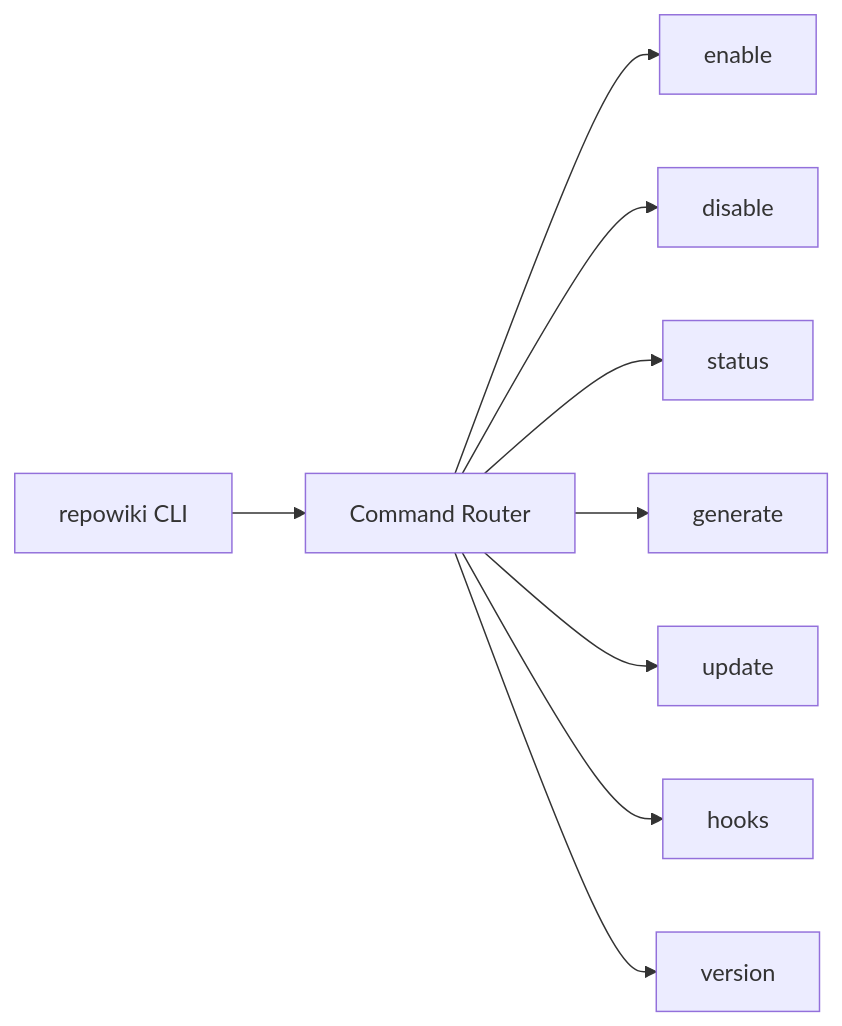
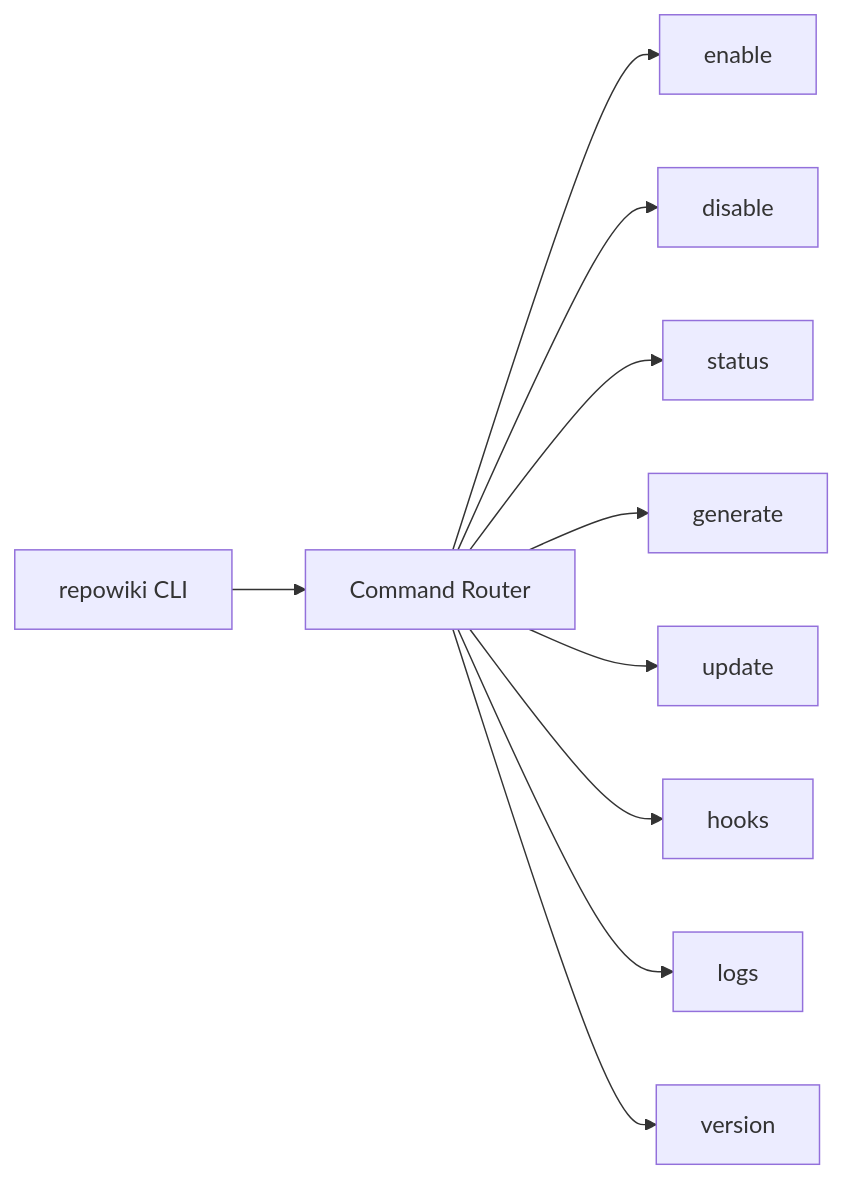
One commit to GoooIce/repowiki changed the first of 2 diagrams in .qoder/repowiki/en/content/Backend Architecture/CLI Commands.md. Above: the diagram before and after it, drawn with Mermaid. The commit also changed other lines of this file and 5 other files, not shown here.

````diff
--- a/.qoder/repowiki/en/content/Backend Architecture/CLI Commands.md
+++ b/.qoder/repowiki/en/content/Backend Architecture/CLI Commands.md
@@ -29,11 +31,12 @@
 ```mermaid
 flowchart LR
     CLI["repowiki CLI"] --> Router["Command Router"]
     Router --> Enable["enable"]
     Router --> Disable["disable"]
     Router --> Status["status"]
     Router --> Generate["generate"]
     Router --> Update["update"]
     Router --> Hooks["hooks"]
+    Router --> Logs["logs"]
     Router --> Version["version"]
 ```
````
